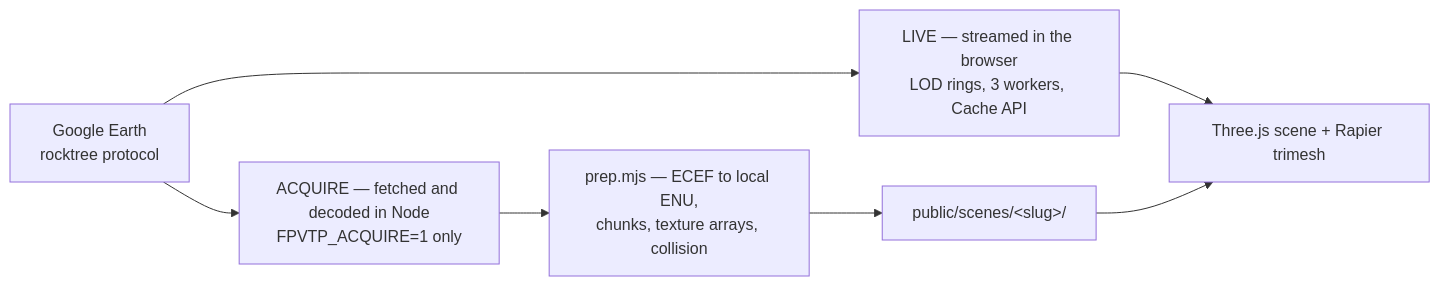
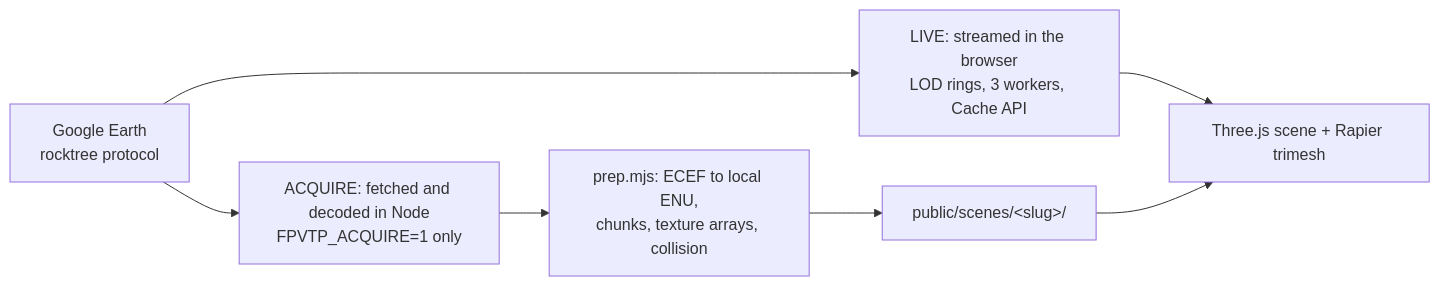
Before and after one commit to lionrayonnant/FPVThePlanet: the second of 2 diagrams in README.md, drawn with Mermaid. The commit also changed other lines of this file, not shown here.

````diff
--- a/README.md
+++ b/README.md
@@ -51,9 +53,9 @@
 ```mermaid
 flowchart LR
-    GE["Google Earth<br/>rocktree protocol"] --> LIVE["LIVE — streamed in the browser<br/>LOD rings, 3 workers, Cache API"]
-    GE --> ACQ["ACQUIRE — fetched and decoded in Node<br/>FPVTP_ACQUIRE=1 only"]
-    ACQ --> PREP["prep.mjs — ECEF to local ENU,<br/>chunks, texture arrays, collision"]
+    GE["Google Earth<br/>rocktree protocol"] --> LIVE["LIVE: streamed in the browser<br/>LOD rings, 3 workers, Cache API"]
+    GE --> ACQ["ACQUIRE: fetched and decoded in Node<br/>FPVTP_ACQUIRE=1 only"]
+    ACQ --> PREP["prep.mjs: ECEF to local ENU,<br/>chunks, texture arrays, collision"]
     PREP --> DISK["public/scenes/&lt;slug&gt;/"]
     LIVE --> SCENE["Three.js scene + Rapier trimesh"]
     DISK --> SCENE
 ```
````
